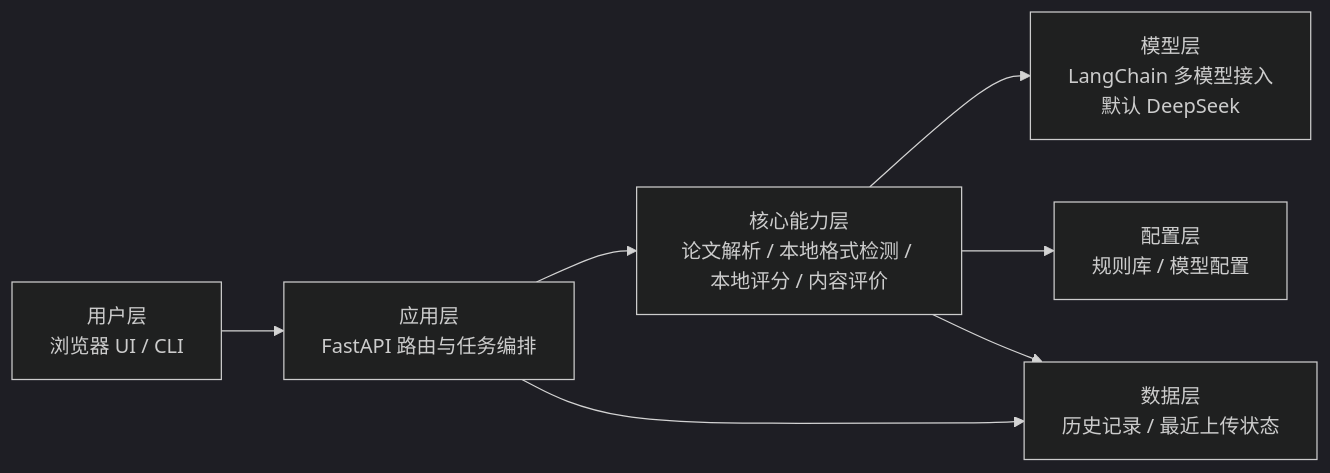
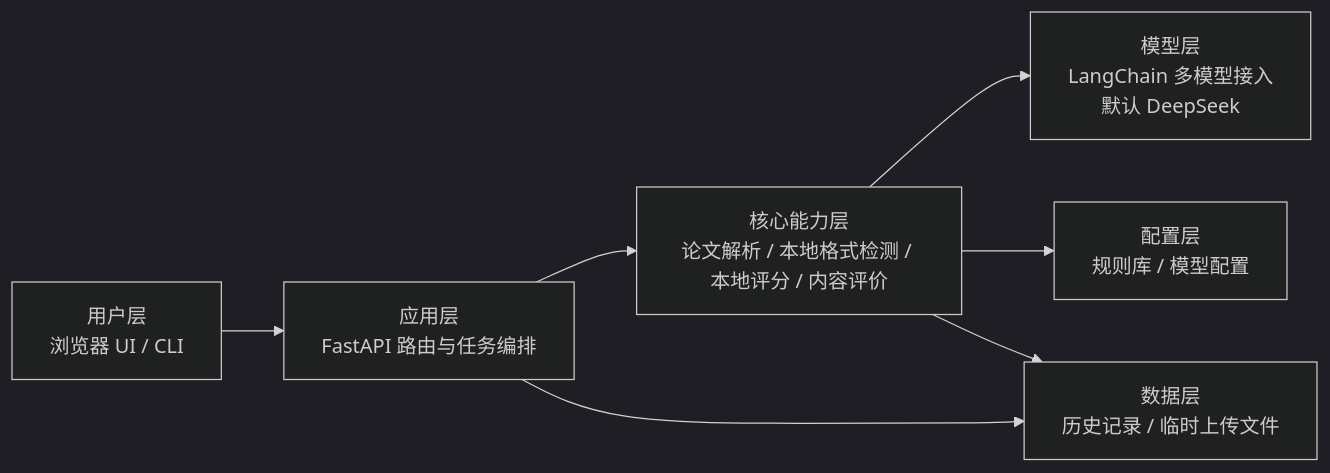
Before and after one commit to HHSTU-IST/thesisev: the first of 2 diagrams in README.md, drawn with Mermaid (dark theme). The commit also changed other lines of this file and 2 other files, not shown here.

````diff
--- a/README.md
+++ b/README.md
@@ -221,16 +220,16 @@
 ```mermaid
 flowchart LR
     U["用户层<br/>浏览器 UI / CLI"]
     A["应用层<br/>FastAPI 路由与任务编排"]
     C["核心能力层<br/>论文解析 / 本地格式检测 / 本地评分 / 内容评价"]
     M["模型层<br/>LangChain 多模型接入<br/>默认 DeepSeek"]
     CFG["配置层<br/>规则库 / 模型配置"]
-    D["数据层<br/>历史记录 / 最近上传状态"]
+    D["数据层<br/>历史记录 / 临时上传文件"]
 
     U --> A
     A --> C
     C --> M
     C --> CFG
     C --> D
     A --> D
 ```
````
